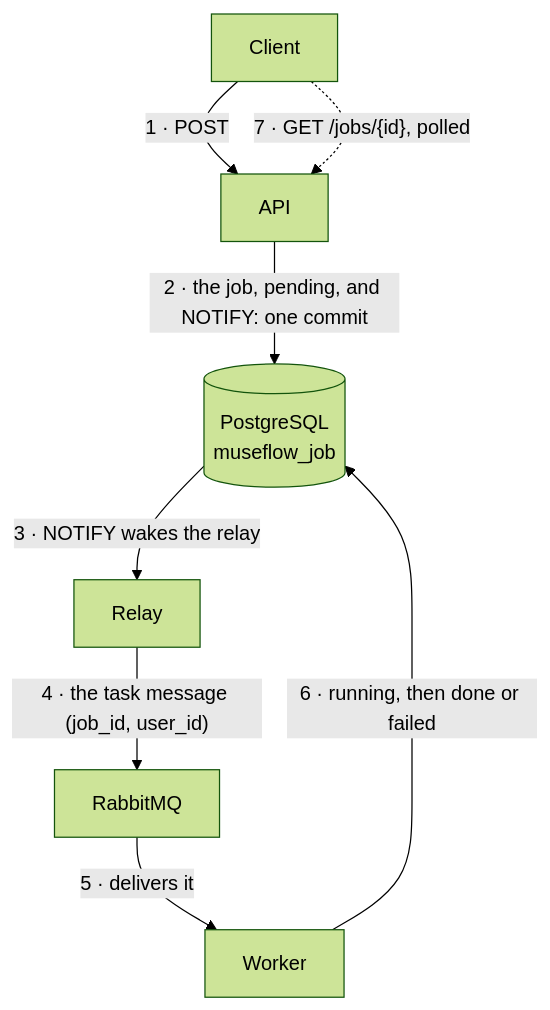
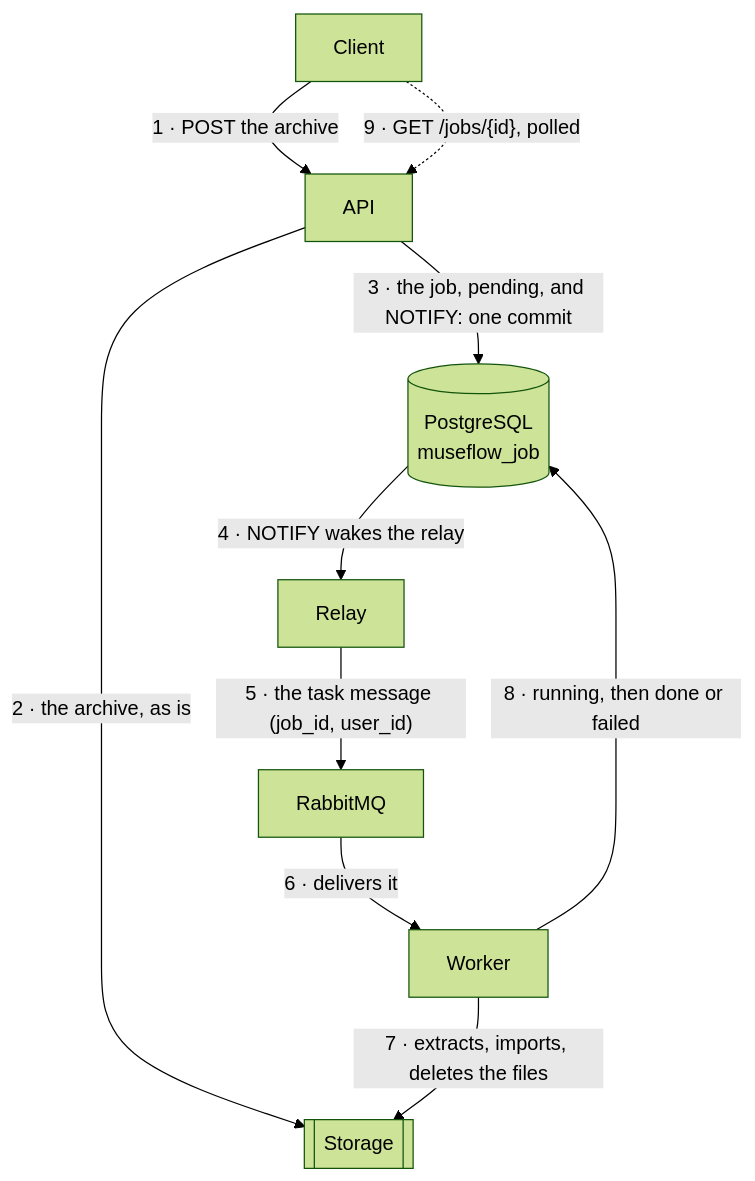
One commit to ychab/museflow changed the third of 7 diagrams in docs/technical/api-and-workers.md. Above: the diagram before and after it, drawn with Mermaid (forest theme). The commit also changed other lines of this file, not shown here.

Commit message:
docs(jobs): the history import as the job end to end, and the uploaded archive

````diff
--- a/docs/technical/api-and-workers.md
+++ b/docs/technical/api-and-workers.md
@@ -84,10 +86,12 @@
 ```mermaid
 flowchart TB
-    CLIENT["Client"] -- "1 · POST" --> API["API"]
-    API -- "2 · the job, pending, and NOTIFY: one commit" --> PG[("PostgreSQL<br/>museflow_job")]
-    PG -- "3 · NOTIFY wakes the relay" --> RL["Relay"]
-    RL -- "4 · the task message (job_id, user_id)" --> MQ["RabbitMQ"]
-    MQ -- "5 · delivers it" --> WK["Worker"]
-    WK -- "6 · running, then done or failed" --> PG
-    CLIENT -. "7 · GET /jobs/{id}, polled" .-> API
+    CLIENT["Client"] -- "1 · POST the archive" --> API["API"]
+    API -- "2 · the archive, as is" --> FS[["Storage"]]
+    API -- "3 · the job, pending, and NOTIFY: one commit" --> PG[("PostgreSQL<br/>museflow_job")]
+    PG -- "4 · NOTIFY wakes the relay" --> RL["Relay"]
+    RL -- "5 · the task message (job_id, user_id)" --> MQ["RabbitMQ"]
+    MQ -- "6 · delivers it" --> WK["Worker"]
+    WK -- "7 · extracts, imports, deletes the files" --> FS
+    WK -- "8 · running, then done or failed" --> PG
+    CLIENT -. "9 · GET /jobs/{id}, polled" .-> API
 ```
````
